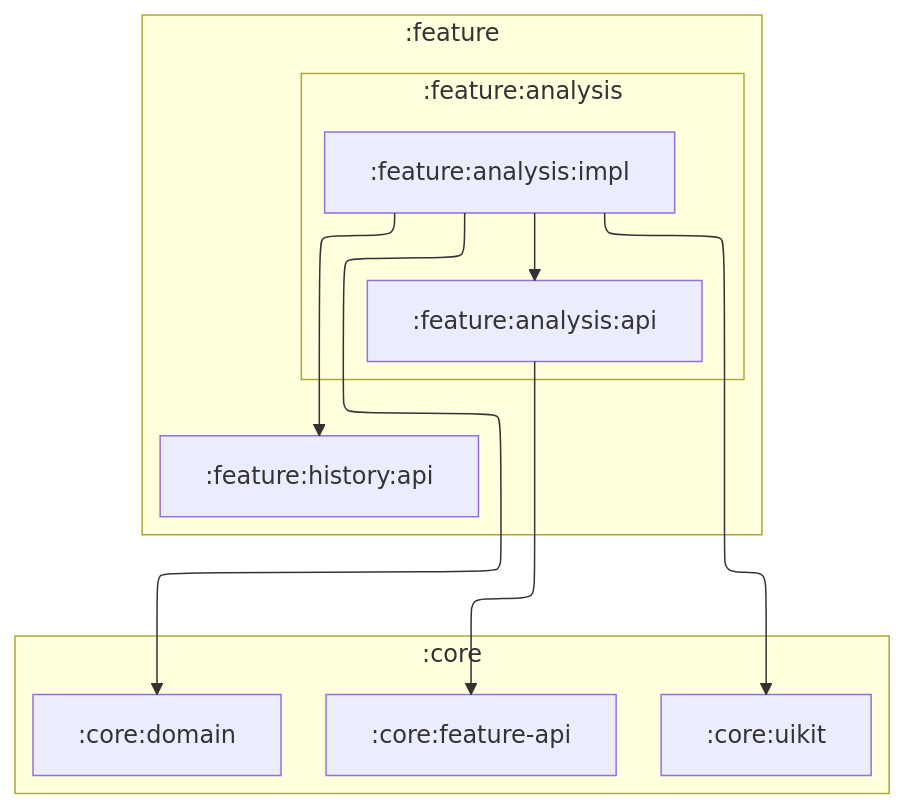
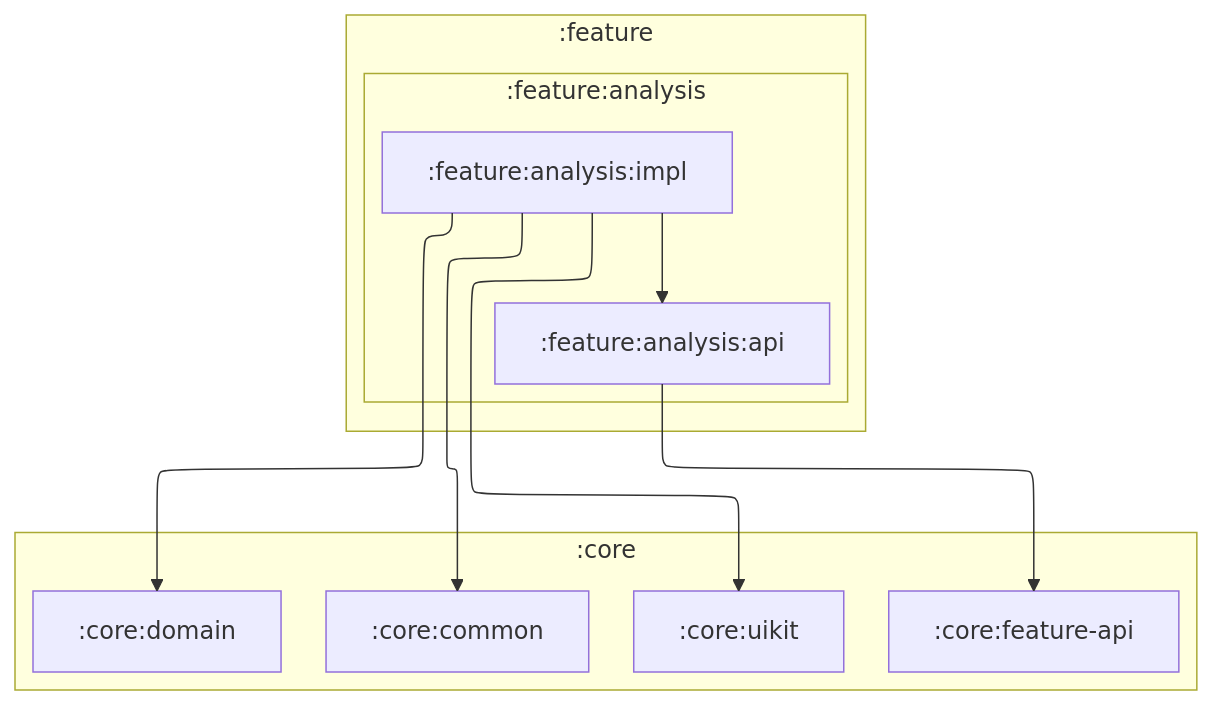
One commit to IliaVoskoboinikov/Finance-Manager changed the diagram in feature/analysis/impl/README.md. Above: the diagram before and after it, drawn with Mermaid. The commit also changed 18 other files, not shown here.

````diff
--- a/feature/analysis/impl/README.md
+++ b/feature/analysis/impl/README.md
@@ -11,31 +11,30 @@
 ```mermaid
 ---
 config:
   layout: elk
   elk:
     nodePlacementStrategy: SIMPLE
 ---
 graph TB
     subgraph :feature
         subgraph :feature:analysis
             :feature:analysis:api
             :feature:analysis:impl
         end
-
-        :feature:history:api
     end
 
     subgraph :core
+        :core:common
         :core:uikit
         :core:domain
         :core:feature-api
     end
 
     :feature:analysis:impl --> :feature:analysis:api
+    :feature:analysis:impl --> :core:common
     :feature:analysis:impl --> :core:uikit
     :feature:analysis:impl --> :core:domain
-    :feature:analysis:impl --> :feature:history:api
     :feature:analysis:api --> :core:feature-api
 
     classDef android-library fill:#9BF6FF,stroke:#000,stroke-width:2px,color:#000;
 ```
````
